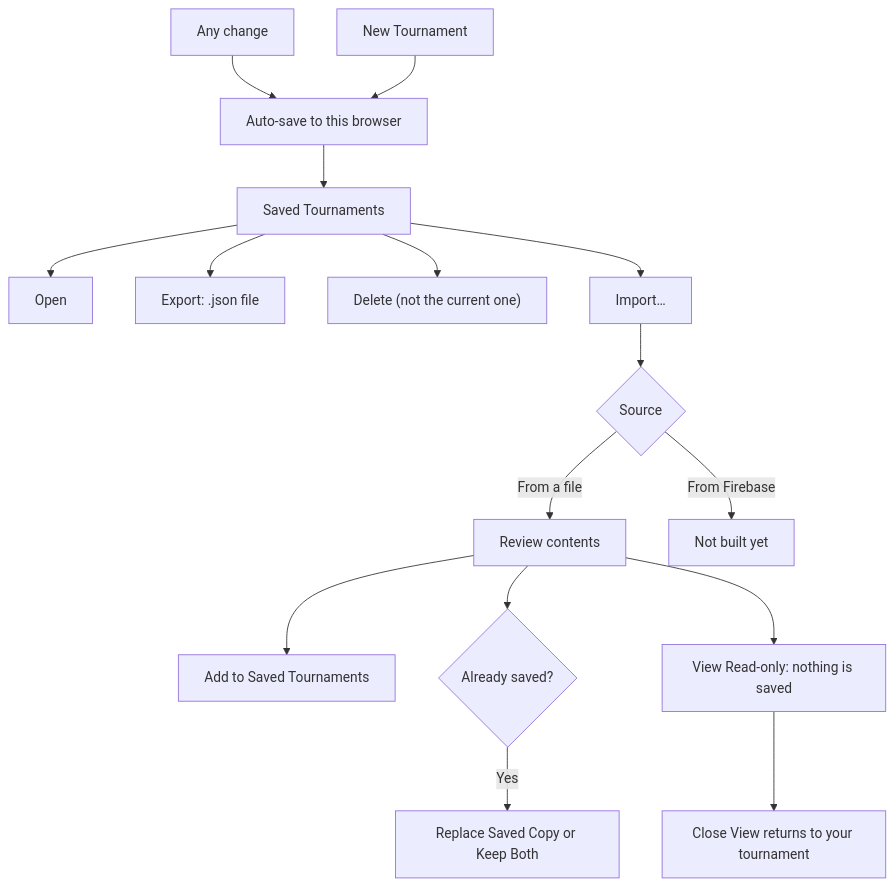
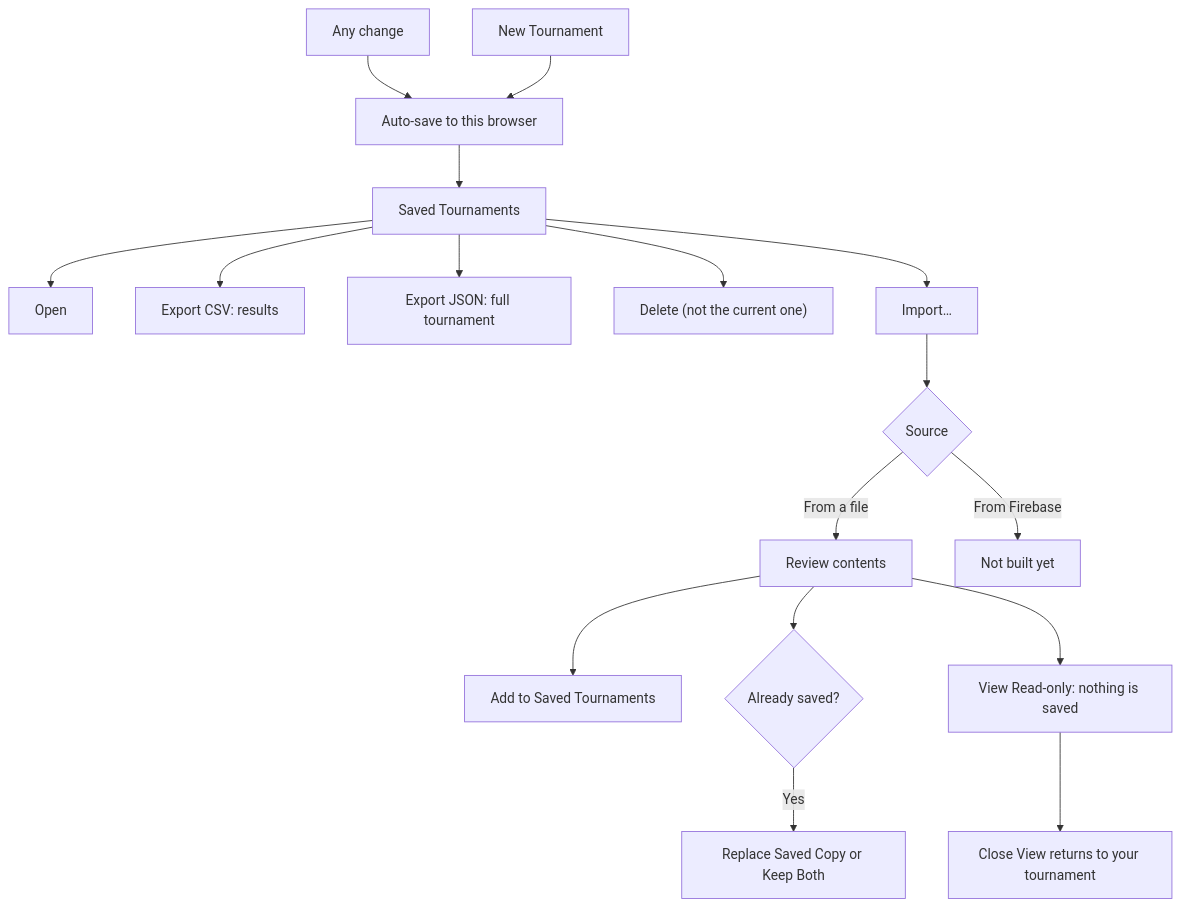
Before and after one commit to DT209/foos-tourney: the fourth of 6 diagrams in README.md, drawn with Mermaid. The commit also changed other lines of this file and 10 other files, not shown here.

First line of the commit message:
Resizable Display Mode areas; Export CSV / Export JSON buttons; wider Saved Tournaments

````diff
--- a/README.md
+++ b/README.md
@@ -172,18 +173,19 @@
 ```mermaid
 flowchart TD
     A["Any change"] --> B["Auto-save to this browser"]
     NT["New Tournament"] --> B
     B --> SV["Saved Tournaments"]
     SV --> O["Open"]
-    SV --> X["Export: .json file"]
+    SV --> X["Export CSV: results"]
+    SV --> XJ["Export JSON: full tournament"]
     SV --> DEL["Delete (not the current one)"]
     SV --> IM["Import…"]
     IM --> SRC{"Source"}
     SRC -- "From a file" --> REV["Review contents"]
     SRC -- "From Firebase" --> FB["Not built yet"]
     REV --> ADD["Add to Saved Tournaments"]
     REV --> EX{"Already saved?"}
     EX -- Yes --> RP["Replace Saved Copy or Keep Both"]
     REV --> RO["View Read-only: nothing is saved"]
     RO --> CV["Close View returns to your tournament"]
 ```
````
